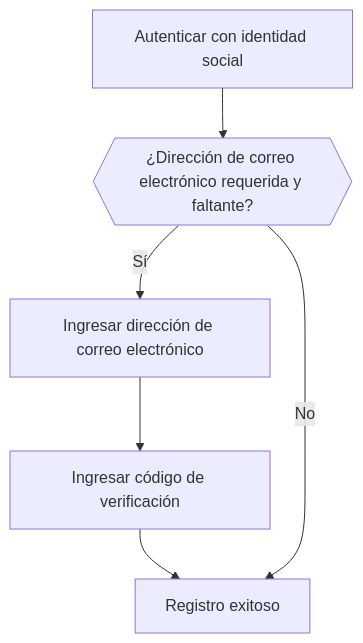
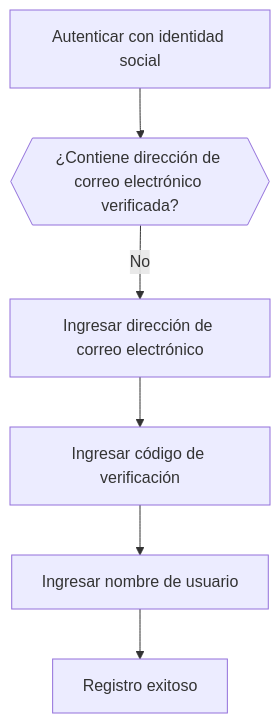
One commit to logto-io/docs changed the fifth of 6 diagrams in i18n/es/docusaurus-plugin-content-docs/current/end-user-flows/sign-up-and-sign-in/social-sign-in.mdx. Above: the diagram before and after it, drawn with Mermaid. The commit also changed other lines of this file and 407 other files, not shown here.

````diff
--- a/i18n/es/docusaurus-plugin-content-docs/current/end-user-flows/sign-up-and-sign-in/social-sign-in.mdx
+++ b/i18n/es/docusaurus-plugin-content-docs/current/end-user-flows/sign-up-and-sign-in/social-sign-in.mdx
@@ -139,8 +146,8 @@
    ```mermaid
    flowchart TD
-      A[Autenticar con identidad social] --> B{{¿Dirección de correo electrónico requerida y faltante?}}
-      B -- Sí --> C[Ingresar dirección de correo electrónico]
+      A[Autenticar con identidad social] --> B{{¿Contiene dirección de correo electrónico verificada?}}
+      B -- No --> C[Ingresar dirección de correo electrónico]
       C --> D[Ingresar código de verificación]
-      D --> E[Registro exitoso]
-      B -- No --> E
+      D --> E[Ingresar nombre de usuario]
+      E --> F[Registro exitoso]
    ```
````
